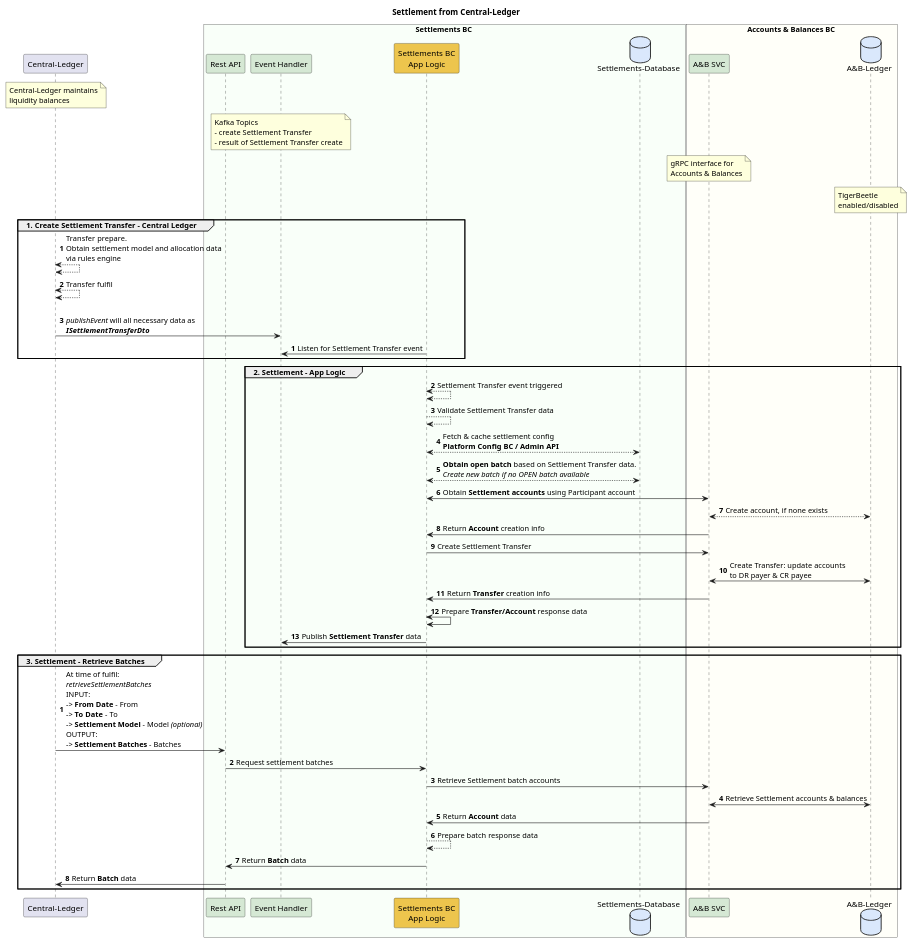
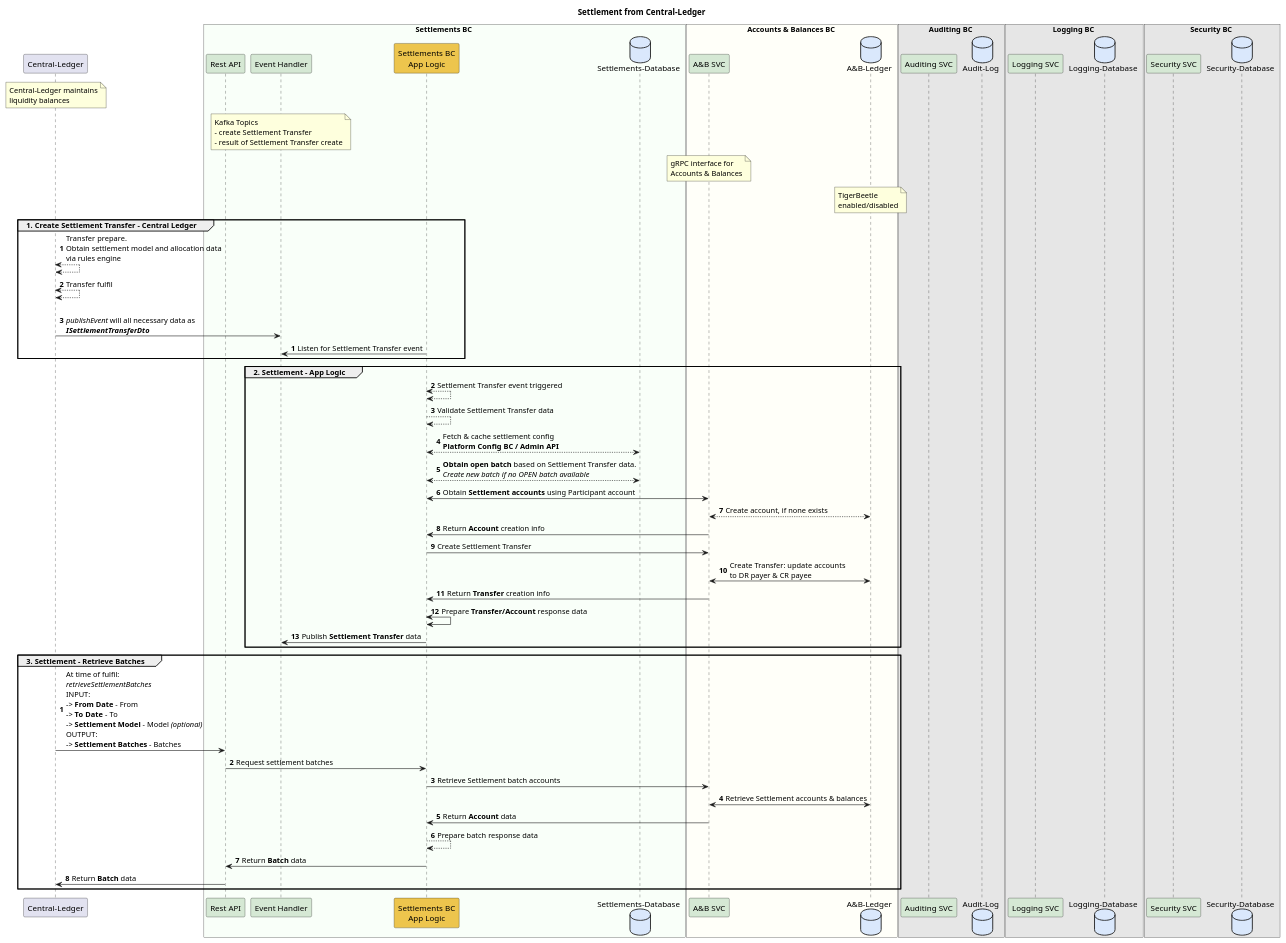
One commit to mojaloop/settlements-bc changed the diagram in docs/flows/01-settlement-transfer-cl.puml. Above: the diagram before and after it, drawn with PlantUML. The commit also changed 6 other files, not shown here.

```diff
--- a/docs/flows/01-settlement-transfer-cl.puml
+++ b/docs/flows/01-settlement-transfer-cl.puml
@@ -1,74 +1,89 @@
 @startuml
 
 title Settlement from Central-Ledger
 
 participant "Central-Ledger" as ext_cl
 note over ext_cl
     Central-Ledger maintains
     liquidity balances
 end note
 
 box Settlements BC #F9FFF9
     participant "Rest API" as sbc_rest #D5E8D4
     participant "Event Handler" as sbc_event #D5E8D4
     note over sbc_event
         Kafka Topics
         - create Settlement Transfer
         - result of Settlement Transfer create
     end note
     participant "Settlements BC\nApp Logic" as sbc_app_logic #EDC54D
     database "Settlements-Database" as sbc_db #DAE8FC
 end box
 
 box Accounts & Balances BC #FFFFF9
     participant "A&B SVC" as abbc_grpc #D5E8D4
     database "A&B-Ledger" as abbc_tigerbeetle #DAE8FC
     note over abbc_grpc
         gRPC interface for
         Accounts & Balances
     end note
     note over abbc_tigerbeetle
         TigerBeetle 
         enabled/disabled
     end note
+end box
+
+box Auditing BC #E6E6E6
+    participant "Auditing SVC" as audit_svc #D5E8D4
+    database "Audit-Log" as audit_db #DAE8FC
+end box
+
+box Logging BC #E6E6E6
+    participant "Logging SVC" as logging_svc #D5E8D4
+    database "Logging-Database" as logging_db #DAE8FC
+end box
+
+box Security BC #E6E6E6
+    participant "Security SVC" as security_svc #D5E8D4
+    database "Security-Database" as security_db #DAE8FC
 end box
 
 group 1. Create Settlement Transfer - Central Ledger
 autonumber
     ext_cl <--> ext_cl : Transfer prepare. \nObtain settlement model and allocation data\nvia rules engine
     ext_cl <--> ext_cl : Transfer fulfil
     ext_cl -> sbc_event : \n//publishEvent// will all necessary data as\n**//ISettlementTransferDto//**
 autonumber
     sbc_app_logic -> sbc_event : Listen for Settlement Transfer event
 end
 
 group 2. Settlement - App Logic
     sbc_app_logic <--> sbc_app_logic: Settlement Transfer event triggered
     sbc_app_logic --> sbc_app_logic : Validate Settlement Transfer data
     sbc_app_logic <--> sbc_db : Fetch & cache settlement config\n**Platform Config BC / Admin API**
     sbc_app_logic <--> sbc_db : **Obtain open batch** based on Settlement Transfer data.\n//Create new batch if no OPEN batch available//
     sbc_app_logic <-> abbc_grpc : Obtain **Settlement accounts** using Participant account
     abbc_grpc <--> abbc_tigerbeetle : Create account, if none exists
     abbc_grpc -> sbc_app_logic : Return **Account** creation info
     sbc_app_logic -> abbc_grpc: Create Settlement Transfer
     abbc_grpc <-> abbc_tigerbeetle: Create Transfer: update accounts \nto DR payer & CR payee
     abbc_grpc -> sbc_app_logic : Return **Transfer** creation info
     sbc_app_logic <-> sbc_app_logic: Prepare **Transfer/Account** response data
     sbc_app_logic -> sbc_event : Publish **Settlement Transfer** data
 end
 
 group 3. Settlement - Retrieve Batches
 autonumber
     ext_cl -> sbc_rest : At time of fulfil:\n//retrieveSettlementBatches// \nINPUT:\n-> **From Date** - From\n-> **To Date** - To\n-> **Settlement Model** - Model //(optional)//\nOUTPUT:\n-> **Settlement Batches** - Batches
     sbc_rest -> sbc_app_logic : Request settlement batches
     sbc_app_logic -> abbc_grpc : Retrieve Settlement batch accounts
     abbc_grpc <-> abbc_tigerbeetle : Retrieve Settlement accounts & balances
     abbc_grpc -> sbc_app_logic : Return **Account** data
     sbc_app_logic --> sbc_app_logic : Prepare batch response data
     sbc_app_logic -> sbc_rest : Return **Batch** data
     sbc_rest -> ext_cl : Return **Batch** data
 autonumber
 
 end
 
 @enduml
```
